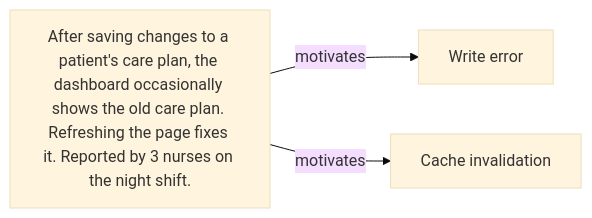
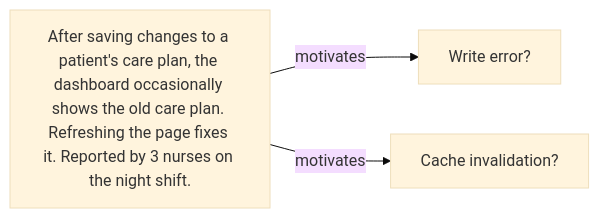
Before and after one commit to kahunacohen/why: the diagram in diagrams/bug.mmd, drawn with Mermaid (base theme).

```diff
--- a/diagrams/bug.mmd
+++ b/diagrams/bug.mmd
@@ -1,12 +1,12 @@
 %% Bug report: After saving changes to a patient's care plan, the dashboard occasionally shows the old care plan. Refreshing the page fixes it. Reported by 3 nurses on the night shift.
 %% Root cause: The care plan save endpoint updates a care_plan_notes table but doesn't touch the main care_plans record. The cache invalidation job checks care_plans.updated_at to decide what to evict. Since that timestamp never changes, the job skips it, and the cache keeps
 %% serving the old care plan.
 
 flowchart LR
 
 B1["After saving changes to a patient's care plan, the dashboard occasionally shows the old care plan. Refreshing the page fixes it. Reported by 3 nurses on the night shift."]
-H1["Write error"]
-H2["Cache invalidation"]
+H1["Write error?"]
+H2["Cache invalidation?"]
 
 B1 --> |motivates| H1
 B1 --> |motivates| H2
```
